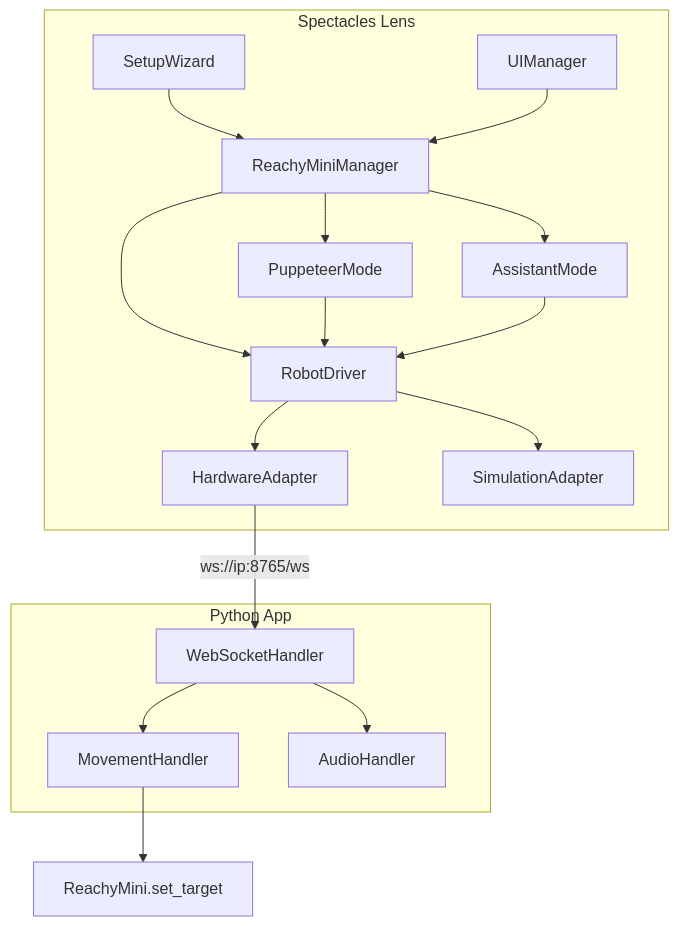
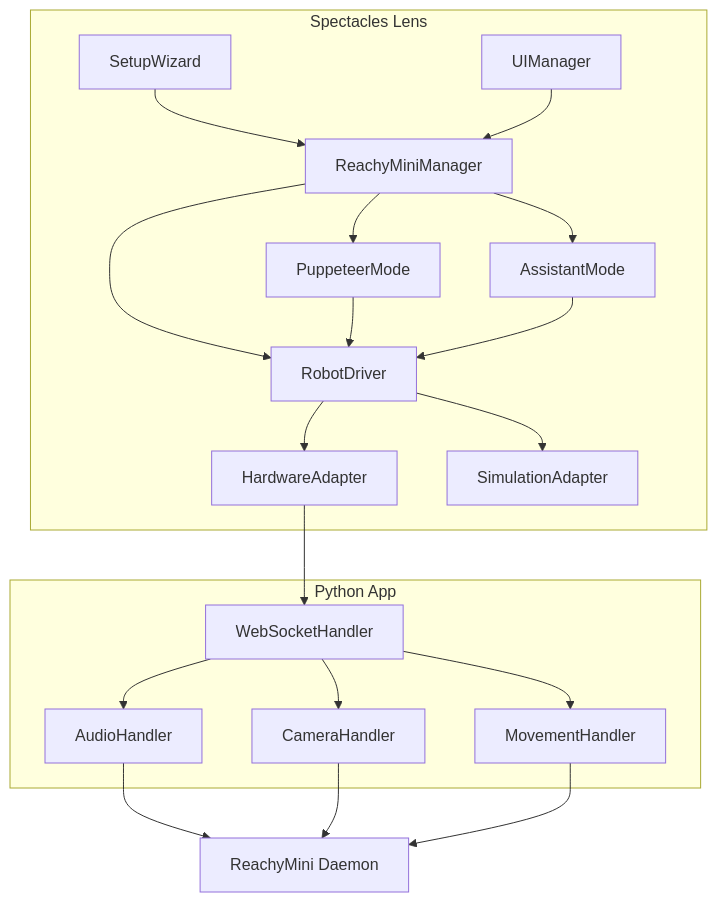
One commit to V4C38/spectacles-reachy-mini changed the diagram in README.md. Above: the diagram before and after it, drawn with Mermaid. The commit also changed other lines of this file and 1 other file, not shown here.

````diff
--- a/README.md
+++ b/README.md
@@ -48,34 +42,38 @@
 ```mermaid
 flowchart TB
     subgraph Lens [Spectacles Lens]
         RMM[ReachyMiniManager]
         SW[SetupWizard]
         UI[UIManager]
         PM[PuppeteerMode]
         AM[AssistantMode]
         RD[RobotDriver]
         HA[HardwareAdapter]
         SA[SimulationAdapter]
 
         RMM --> PM
         RMM --> AM
         RMM --> RD
         SW --> RMM
         UI --> RMM
         PM --> RD
         AM --> RD
         RD --> HA
         RD --> SA
     end
 
     subgraph Python [Python App]
         WS[WebSocketHandler]
         MH[MovementHandler]
         AH[AudioHandler]
+        CH[CameraHandler]
     end
 
-    HA -->|"ws://ip:8765/ws"| WS
+    HA --> WS
     WS --> MH
     WS --> AH
-    MH --> SDK[ReachyMini.set_target]
+    WS --> CH
+    AH --> SDK
+    CH --> SDK
+    MH --> SDK[ReachyMini Daemon]
 ```
````
